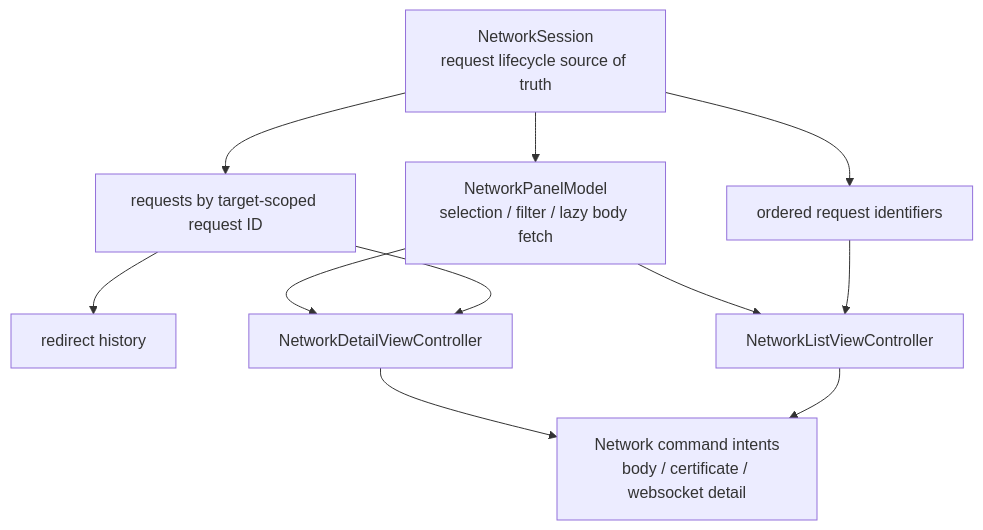
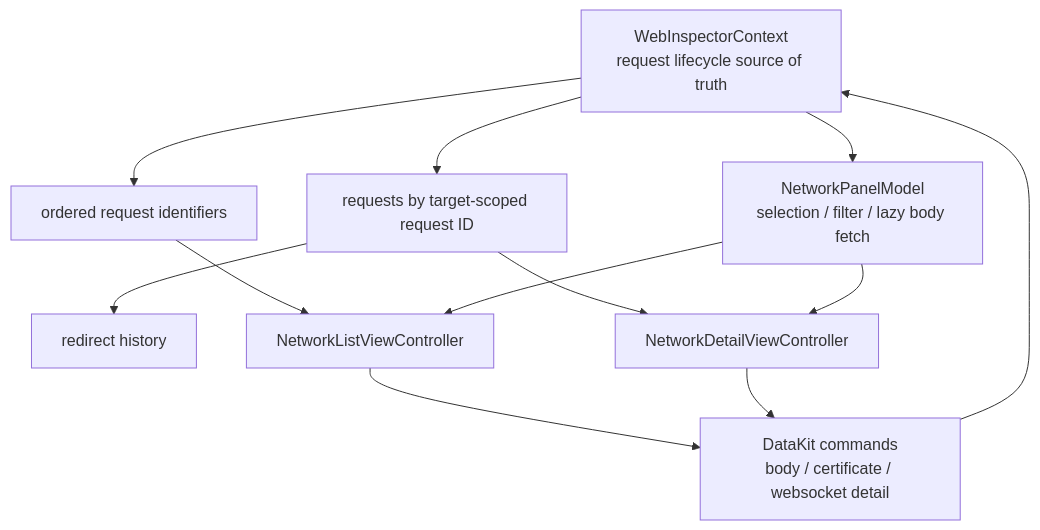
Before and after one commit to lynnswap/WebInspectorKit: the seventh of 7 diagrams in Sources/WebInspectorUI/Docs/UIIntegration.md, drawn with Mermaid. The commit also changed other lines of this file and 11 other files, not shown here.

Commit message:
fix(datakit): retain response-first network requests

````diff
--- a/Sources/WebInspectorUI/Docs/UIIntegration.md
+++ b/Sources/WebInspectorUI/Docs/UIIntegration.md
@@ -124,22 +159,23 @@
 ```mermaid
 flowchart TD
-    NetworkSession["NetworkSession<br/>request lifecycle source of truth"]
+    Context["WebInspectorContext<br/>request lifecycle source of truth"]
     Panel["NetworkPanelModel<br/>selection / filter / lazy body fetch"]
     RequestOrder["ordered request identifiers"]
     Requests["requests by target-scoped request ID"]
     Redirects["redirect history"]
     List["NetworkListViewController"]
     Detail["NetworkDetailViewController"]
-    Commands["Network command intents<br/>body / certificate / websocket detail"]
+    Commands["DataKit commands<br/>body / certificate / websocket detail"]
 
-    NetworkSession --> Panel
-    NetworkSession --> RequestOrder
-    NetworkSession --> Requests
+    Context --> Panel
+    Context --> RequestOrder
+    Context --> Requests
     Requests --> Redirects
     RequestOrder --> List
     Requests --> Detail
     Panel --> List
     Panel --> Detail
     List --> Commands
     Detail --> Commands
+    Commands --> Context
 ```
````
